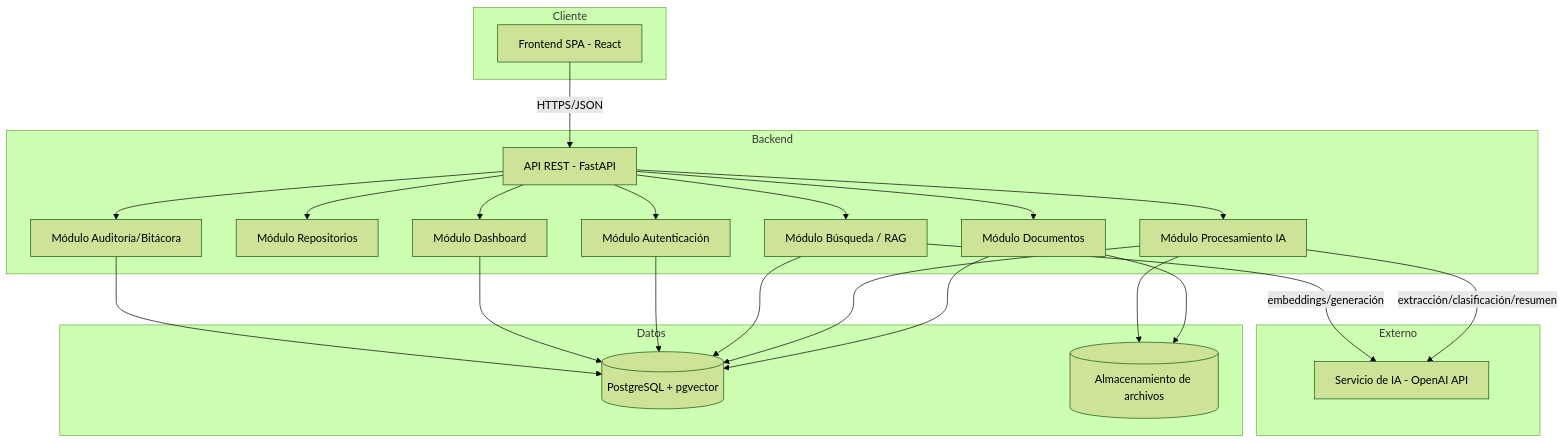
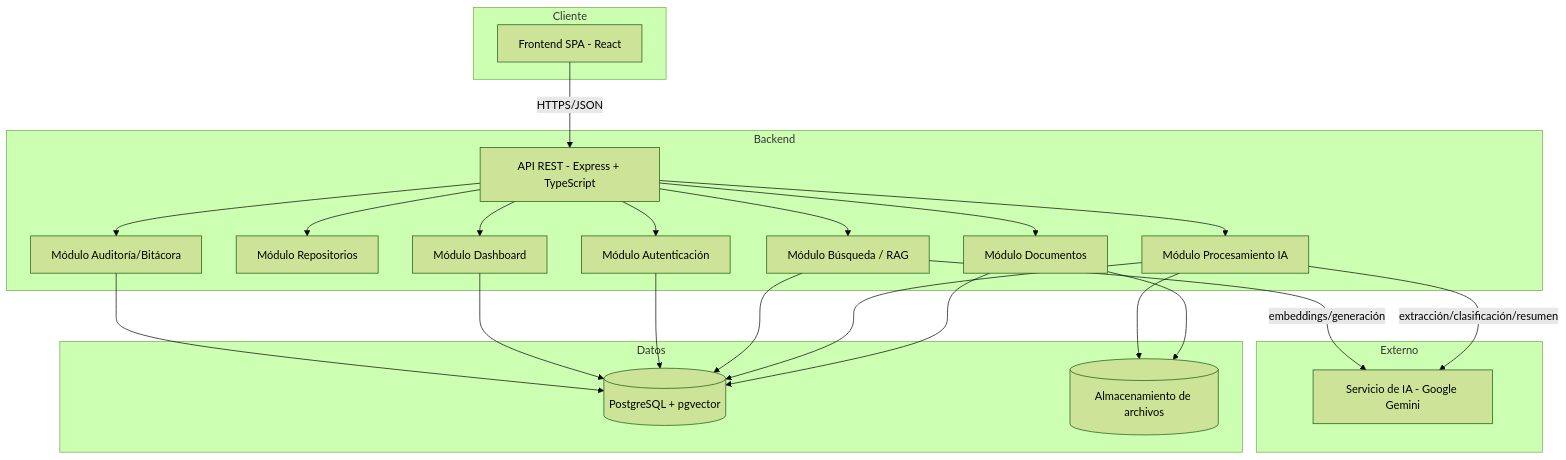
One commit to JosephV-Q/Repositorio_Inteligente changed the first of 2 diagrams in 02_Diseno/1-Arquitectura_General.md. Above: the diagram before and after it, drawn with Mermaid (forest theme). The commit also changed other lines of this file and 21 other files, not shown here.

````diff
--- a/02_Diseno/1-Arquitectura_General.md
+++ b/02_Diseno/1-Arquitectura_General.md
@@ -19,46 +19,46 @@
 ```mermaid
 graph TB
     subgraph Cliente
         FE[Frontend SPA - React]
     end
 
     subgraph Backend
-        API[API REST - FastAPI]
+        API[API REST - Express + TypeScript]
         AUTH[Módulo Autenticación]
         REPO[Módulo Repositorios]
         DOC[Módulo Documentos]
         PROC[Módulo Procesamiento IA]
         SEARCH[Módulo Búsqueda / RAG]
         DASH[Módulo Dashboard]
         LOG[Módulo Auditoría/Bitácora]
     end
 
     subgraph Datos
         DB[(PostgreSQL + pgvector)]
         FS[(Almacenamiento de archivos)]
     end
 
     subgraph Externo
-        IA[Servicio de IA - OpenAI API]
+        IA[Servicio de IA - Google Gemini]
     end
 
     FE -->|HTTPS/JSON| API
     API --> AUTH
     API --> REPO
     API --> DOC
     API --> PROC
     API --> SEARCH
     API --> DASH
     API --> LOG
 
     DOC --> FS
     DOC --> DB
     PROC --> FS
     PROC --> DB
     PROC -->|extracción/clasificación/resumen| IA
     SEARCH --> DB
     SEARCH -->|embeddings/generación| IA
     AUTH --> DB
     DASH --> DB
     LOG --> DB
 ```
````
